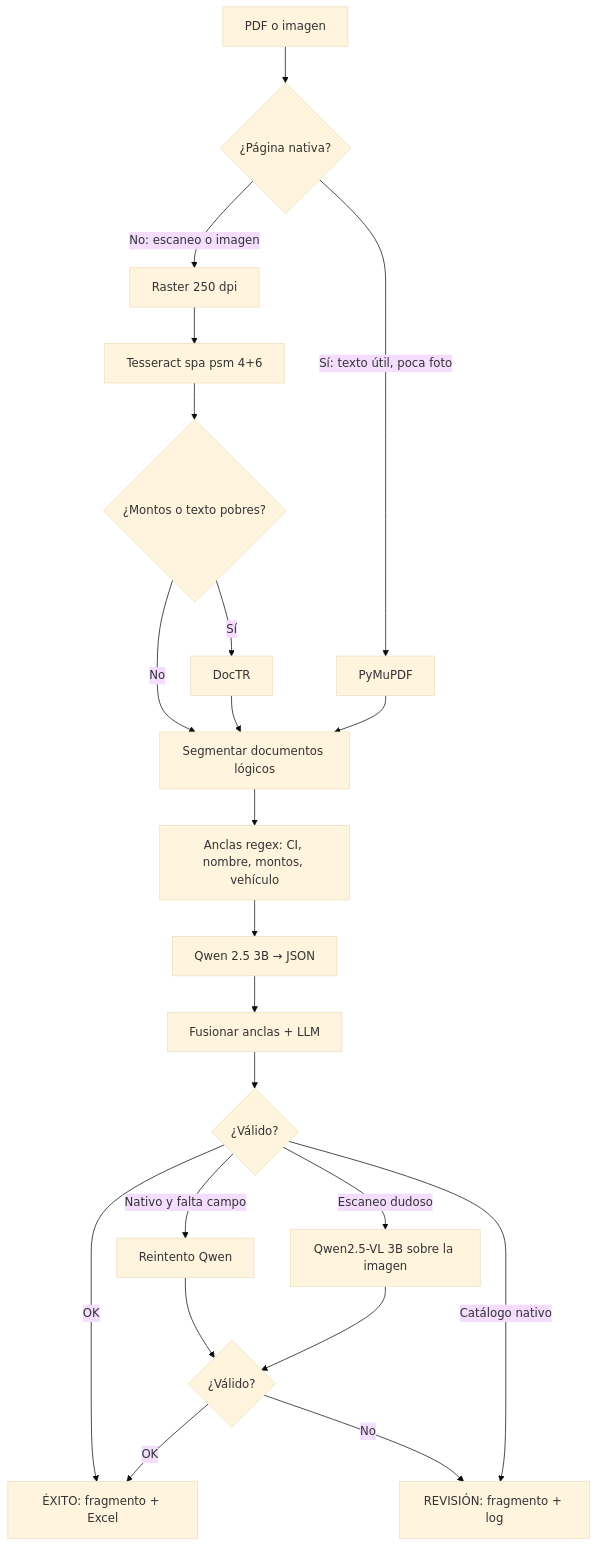
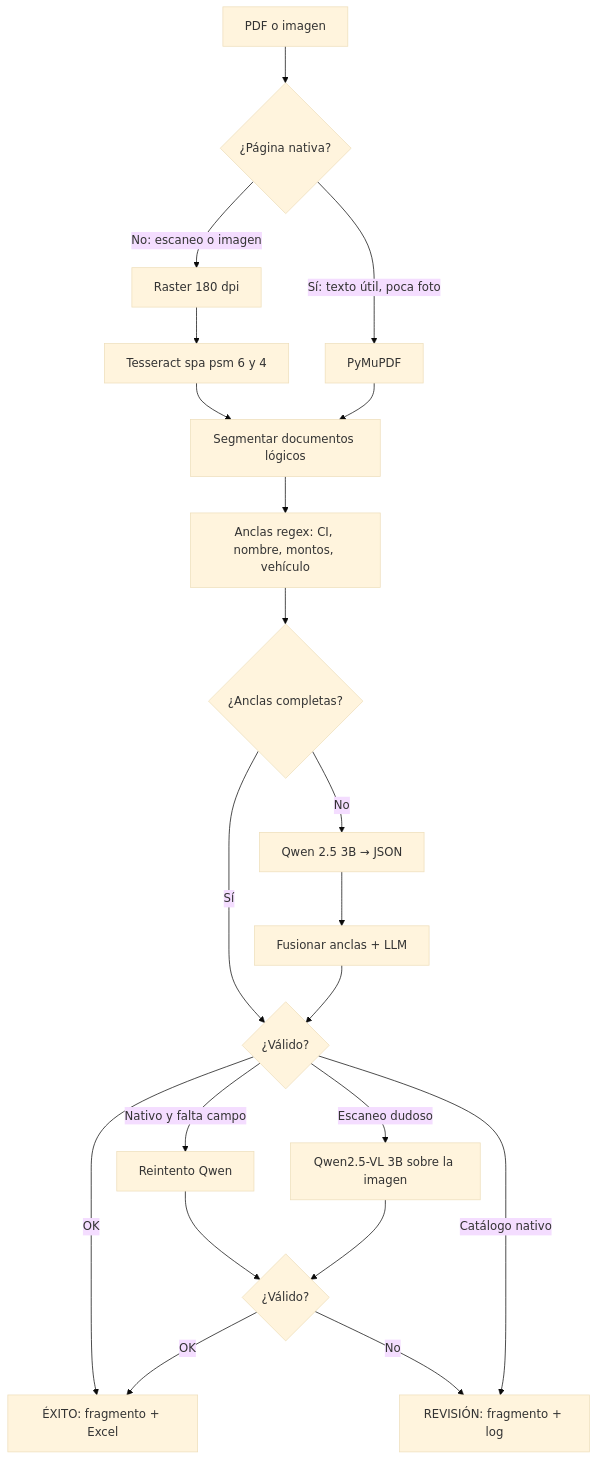
One commit to jose-JQ/manpac changed the second of 3 diagrams in README.md. Above: the diagram before and after it, drawn with Mermaid (base theme). The commit also changed other lines of this file and 15 other files, not shown here.

````diff
--- a/README.md
+++ b/README.md
@@ -64,24 +65,23 @@
 ```mermaid
 flowchart TB
     archivo[PDF o imagen] --> nativo{¿Página nativa?}
     nativo -->|Sí: texto útil, poca foto| pymupdf[PyMuPDF]
-    nativo -->|No: escaneo o imagen| raster[Raster 250 dpi]
-    raster --> tess[Tesseract spa psm 4+6]
-    tess --> doctr{¿Montos o texto pobres?}
-    doctr -->|Sí| doctrOcr[DocTR]
-    doctr -->|No| seg
-    doctrOcr --> seg
+    nativo -->|No: escaneo o imagen| raster[Raster 180 dpi]
+    raster --> tess[Tesseract spa psm 6 y 4]
+    tess --> seg
     pymupdf --> seg[Segmentar documentos lógicos]
     seg --> hechos[Anclas regex: CI, nombre, montos, vehículo]
-    hechos --> qwen[Qwen 2.5 3B → JSON]
+    hechos --> enough{¿Anclas completas?}
+    enough -->|Sí| eval
+    enough -->|No| qwen[Qwen 2.5 3B → JSON]
     qwen --> aplicar[Fusionar anclas + LLM]
     aplicar --> eval{¿Válido?}
     eval -->|Nativo y falta campo| qwen2[Reintento Qwen]
     qwen2 --> eval2{¿Válido?}
     eval -->|Escaneo dudoso| mini[Qwen2.5-VL 3B sobre la imagen]
     mini --> eval2
     eval -->|OK| exito
     eval2 -->|OK| exito[ÉXITO: fragmento + Excel]
     eval2 -->|No| rev[REVISIÓN: fragmento + log]
     eval -->|Catálogo nativo| rev
 ```
````
